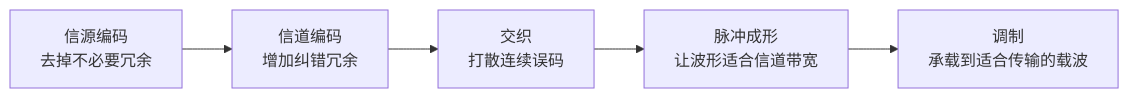
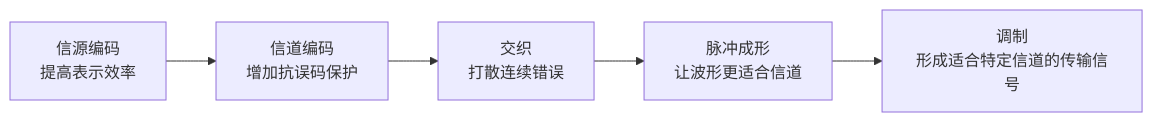
One commit to 74262195/system-architect-notes changed the diagram in 01_综合知识/01_计算机系统基础知识/03_计算机网络/02_数据通信与交换/信号变换处理链.md. Above: the diagram before and after it, drawn with Mermaid. The commit also changed other lines of this file, not shown here.

````diff
--- a/01_综合知识/01_计算机系统基础知识/03_计算机网络/02_数据通信与交换/信号变换处理链.md
+++ b/01_综合知识/01_计算机系统基础知识/03_计算机网络/02_数据通信与交换/信号变换处理链.md
@@ -42,7 +48,7 @@
 ```mermaid
 flowchart LR
-  A[信源编码<br/>去掉不必要冗余] --> B[信道编码<br/>增加纠错冗余]
-  B --> C[交织<br/>打散连续误码]
-  C --> D[脉冲成形<br/>让波形适合信道带宽]
-  D --> E[调制<br/>承载到适合传输的载波]
+  A[信源编码<br/>提高表示效率] --> B[信道编码<br/>增加抗误码保护]
+  B --> C[交织<br/>打散连续错误]
+  C --> D[脉冲成形<br/>让波形更适合信道]
+  D --> E[调制<br/>形成适合特定信道的传输信号]
 ```
````
